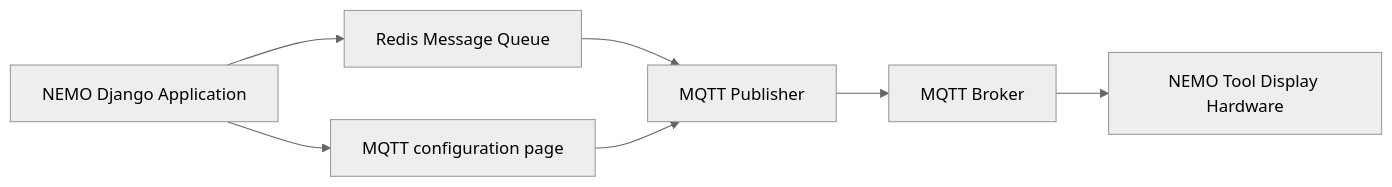
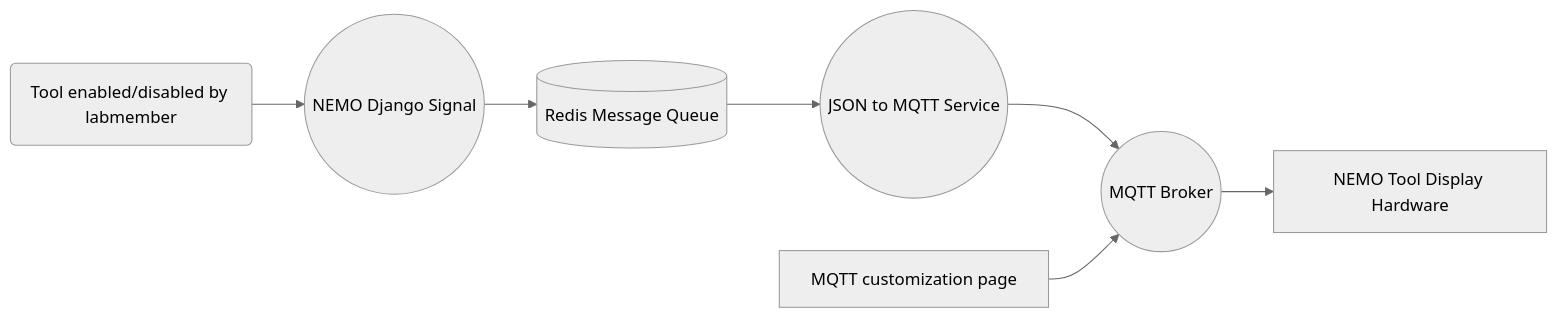
The second of 6 diagrams in src/coding/NEMO-MQTT-Plugin.md (alexanderenrique/alexanderenrique.github.io), drawn with Mermaid (neutral theme) before and after one commit. The commit also changed other lines of this file and 17 other files, not shown here.

Commit message:
heaps of flow charts

```diff
--- a/src/coding/NEMO-MQTT-Plugin.md
+++ b/src/coding/NEMO-MQTT-Plugin.md
@@ -26,9 +39,10 @@
 {% mermaid %}
 graph LR
-    A[NEMO Django Application] --> B[Redis Message Queue]
-    B --> C[MQTT Publisher]
-    A --> D[MQTT configuration page]
-    D --> C[MQTT Publisher]
-    C --> F[MQTT Broker]
-    F --> G[NEMO Tool Display Hardware]
+    A@{shape: rounded, label: "Tool enabled/disabled by labmember"}
+    A --> B(("NEMO Django Signal"))
+    B --> C[("Redis Message Queue")]
+    C --> D(("JSON to MQTT Service"))
+    D --> E(("MQTT Broker"))
+    E --> F["NEMO Tool Display Hardware"]
+    G["MQTT customization page"] --> E
 {% endmermaid %}
```
